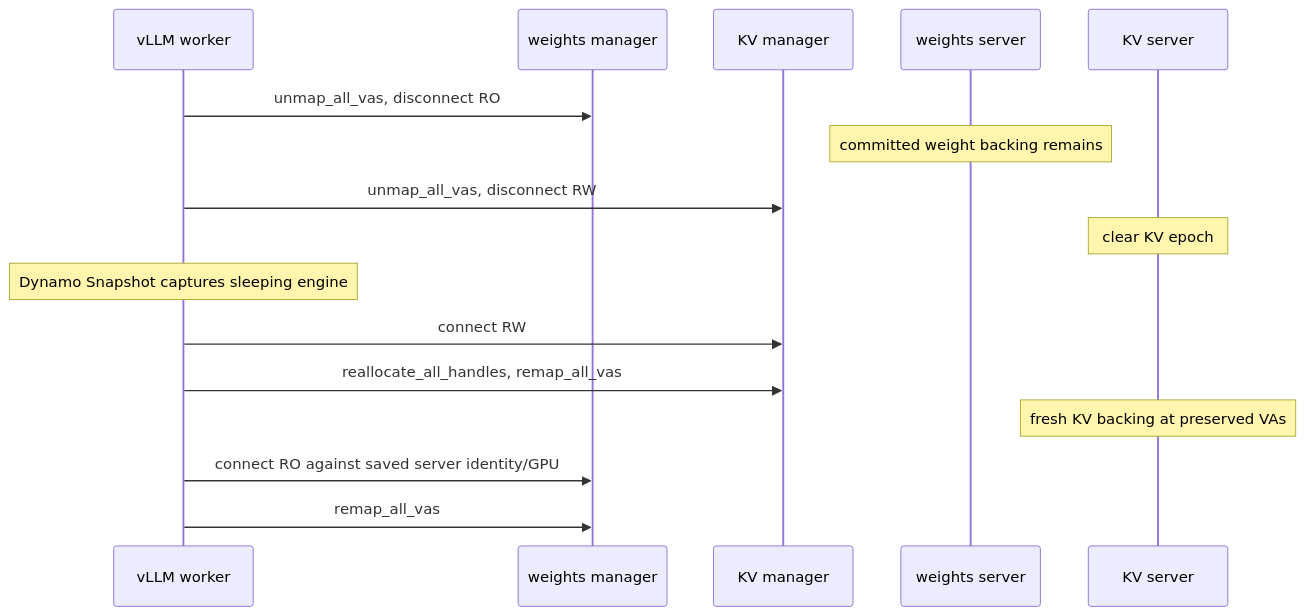
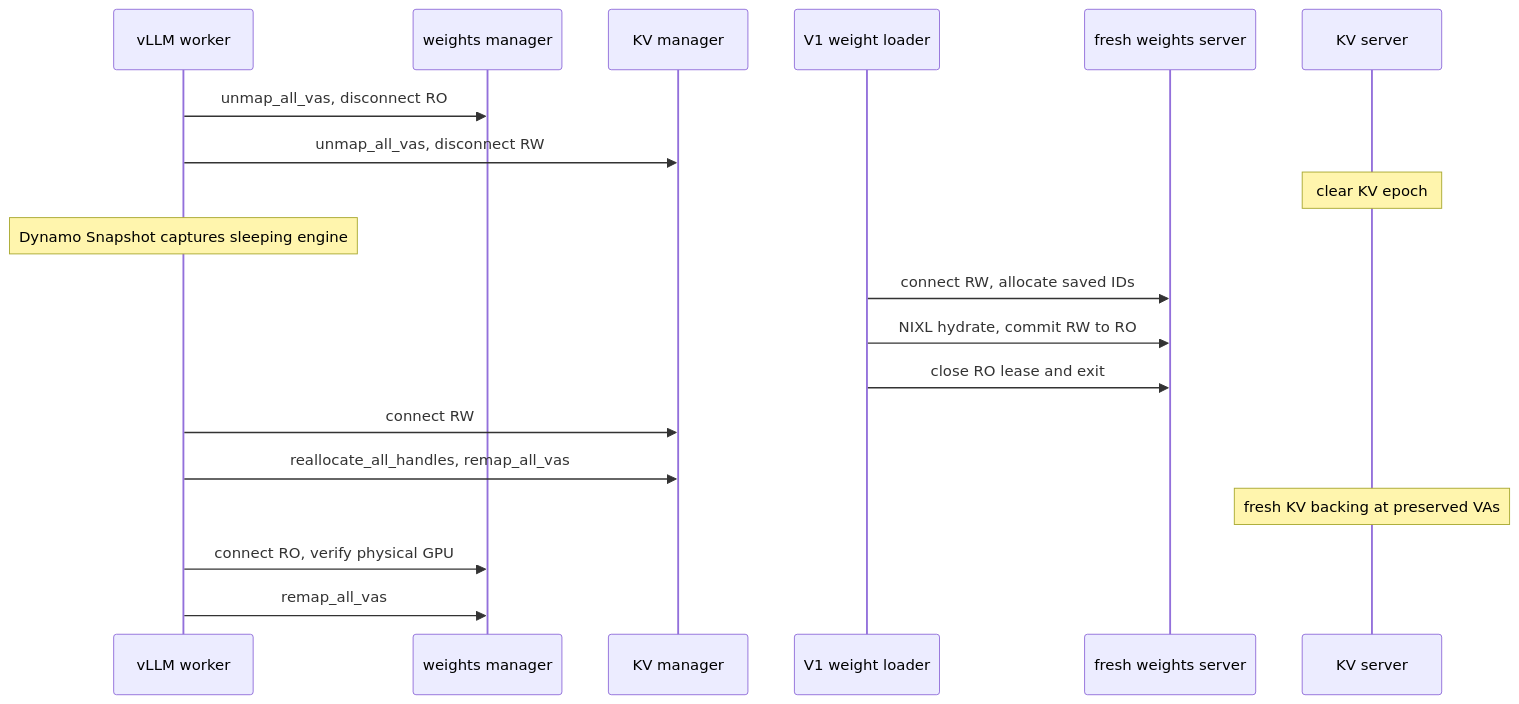
One commit to ai-dynamo/dynamo changed the diagram in lib/gpu_memory_service/v1/README.md. Above: the diagram before and after it, drawn with Mermaid. The commit also changed other lines of this file and 11 other files, not shown here.

````diff
--- a/lib/gpu_memory_service/v1/README.md
+++ b/lib/gpu_memory_service/v1/README.md
@@ -115,20 +136,23 @@
 ```mermaid
 sequenceDiagram
     participant W as vLLM worker
     participant WM as weights manager
     participant KM as KV manager
-    participant WS as weights server
+    participant L as V1 weight loader
+    participant WS as fresh weights server
     participant KS as KV server
 
     W->>WM: unmap_all_vas, disconnect RO
-    Note over WS: committed weight backing remains
     W->>KM: unmap_all_vas, disconnect RW
     Note over KS: clear KV epoch
     Note over W: Dynamo Snapshot captures sleeping engine
 
+    L->>WS: connect RW, allocate saved IDs
+    L->>WS: NIXL hydrate, commit RW to RO
+    L->>WS: close RO lease and exit
     W->>KM: connect RW
     W->>KM: reallocate_all_handles, remap_all_vas
     Note over KS: fresh KV backing at preserved VAs
-    W->>WM: connect RO against saved server identity/GPU
+    W->>WM: connect RO, verify physical GPU
     W->>WM: remap_all_vas
 ```
````
